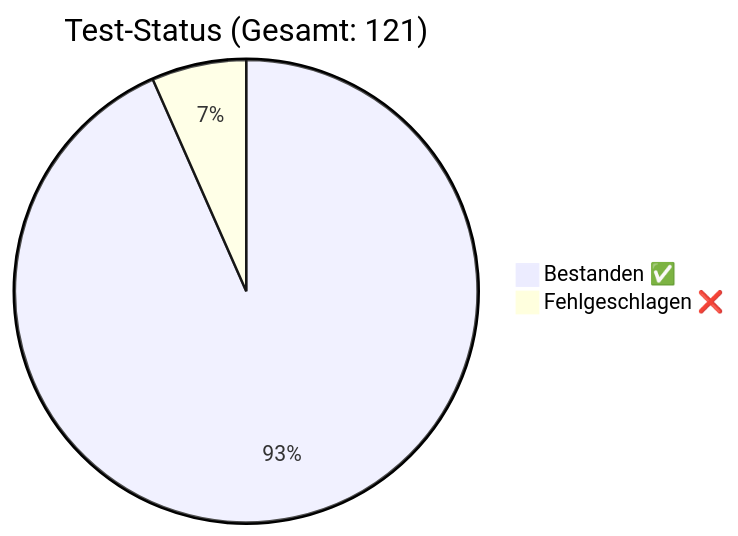
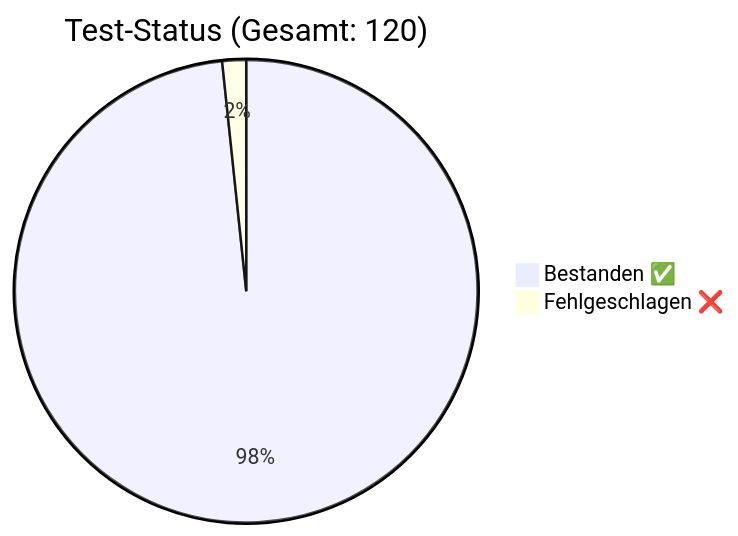
Before and after one commit to rorila/GCS: the diagram in docs/QA_Report.md, drawn with Mermaid. The commit also changed other lines of this file and 22 other files, not shown here.

````diff
--- a/docs/QA_Report.md
+++ b/docs/QA_Report.md
@@ -7,5 +7,5 @@
 ```mermaid
-pie title Test-Status (Gesamt: 121)
-    "Bestanden ✅" : 113
-    "Fehlgeschlagen ❌" : 8
+pie title Test-Status (Gesamt: 120)
+    "Bestanden ✅" : 118
+    "Fehlgeschlagen ❌" : 2
 ```
````
